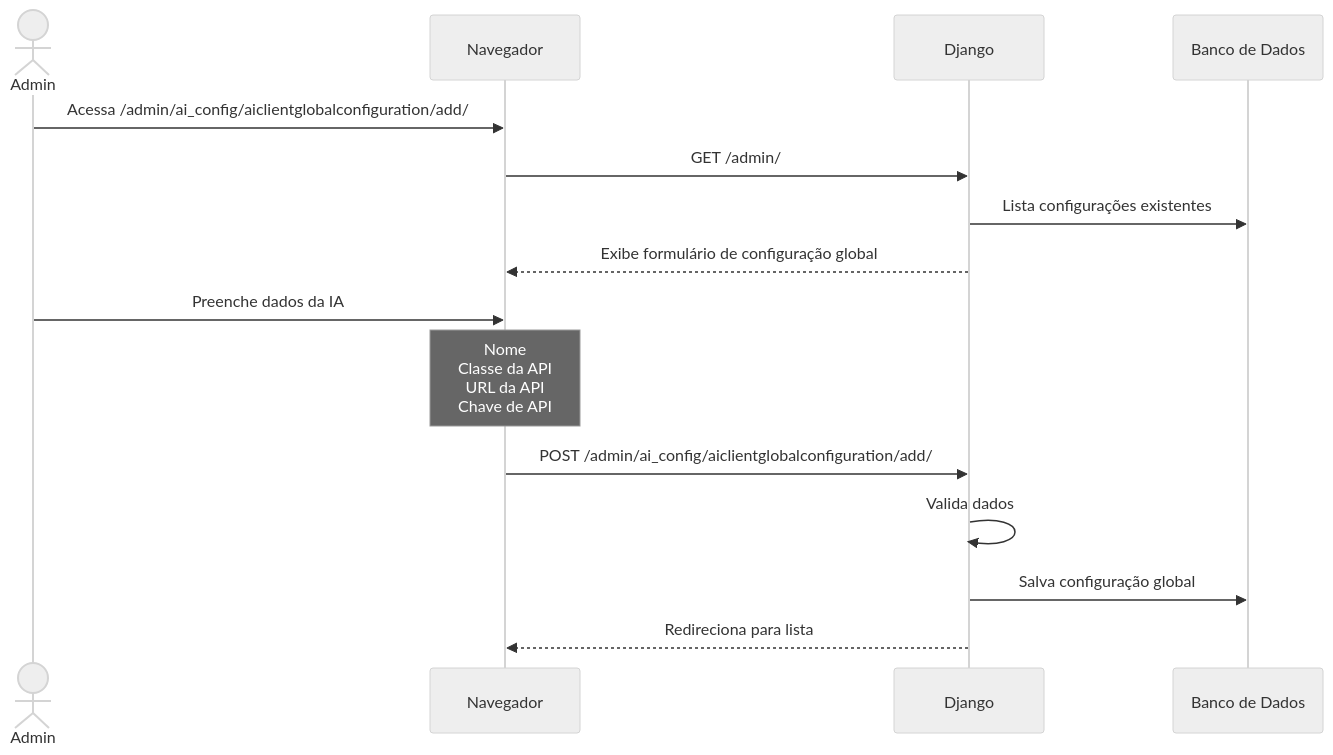
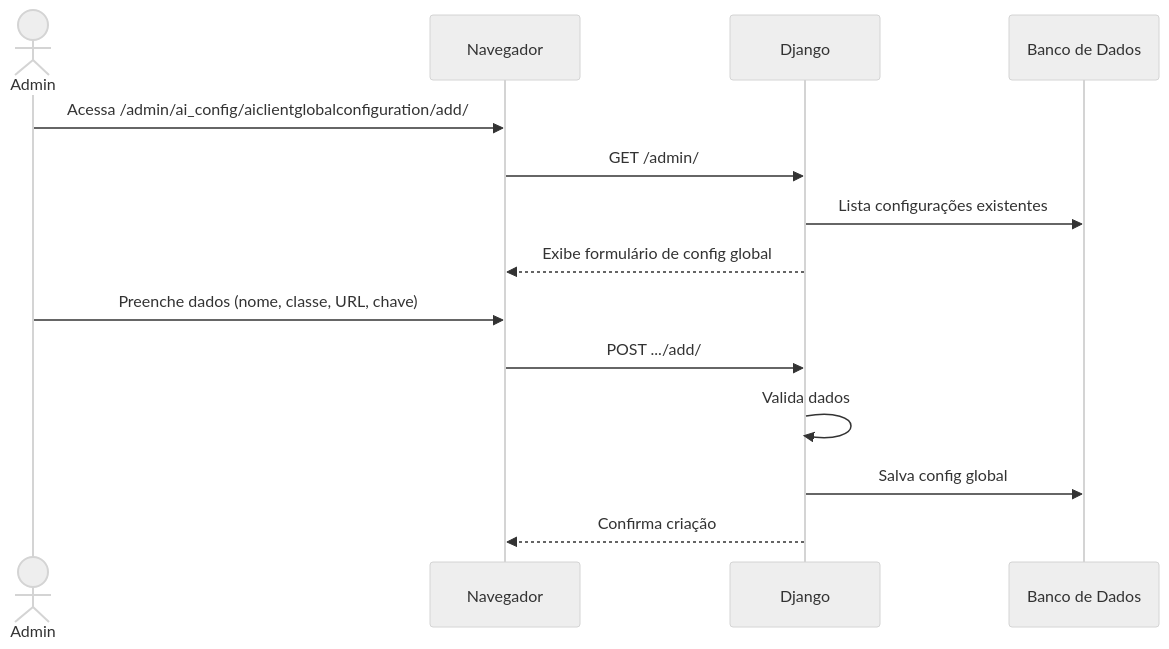
One commit to diegogrosmann/EnsinaNet.AI changed the eighth of 33 diagrams in README.md. Above: the diagram before and after it, drawn with Mermaid (neutral theme). The commit also changed other lines of this file and 52 other files, not shown here.

Commit message:
Remove arquivos desnecessários e adiciona novos módulos; implementa sinais para a API e atualiza exceções personalizadas.

````diff
--- a/README.md
+++ b/README.md
@@ -722,19 +673,18 @@
 ```mermaid
 sequenceDiagram
     actor A as Admin
     participant N as Navegador
     participant D as Django
     participant DB as Banco de Dados
 
     A->>N: Acessa /admin/ai_config/aiclientglobalconfiguration/add/
     N->>D: GET /admin/
     D->>DB: Lista configurações existentes
-    D-->>N: Exibe formulário de configuração global
+    D-->>N: Exibe formulário de config global
 
-    A->>N: Preenche dados da IA
-    Note over N: Nome<br>Classe da API<br>URL da API<br>Chave de API
-    N->>D: POST /admin/ai_config/aiclientglobalconfiguration/add/
+    A->>N: Preenche dados (nome, classe, URL, chave)
+    N->>D: POST .../add/
     D->>D: Valida dados
-    D->>DB: Salva configuração global
-    D-->>N: Redireciona para lista
+    D->>DB: Salva config global
+    D-->>N: Confirma criação
 ```
````
